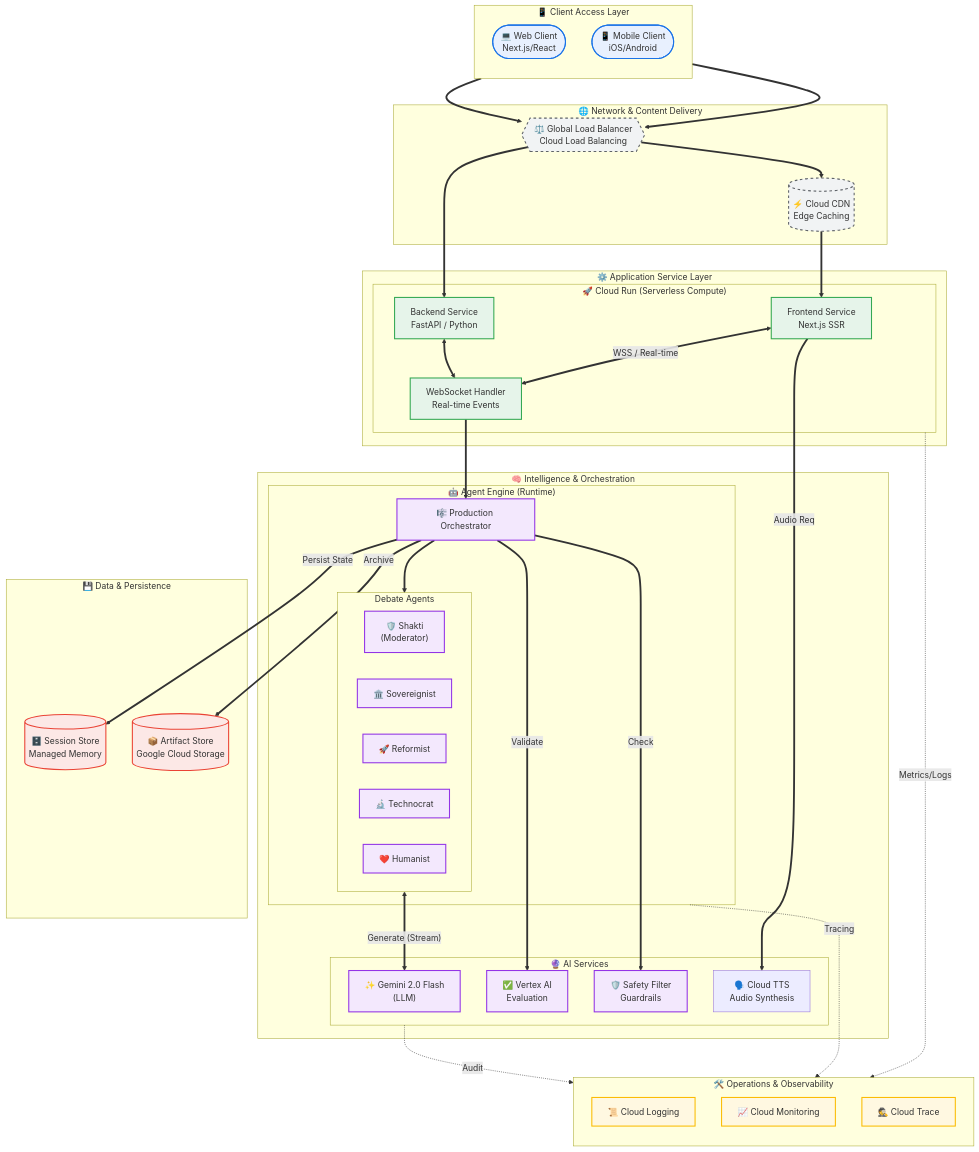
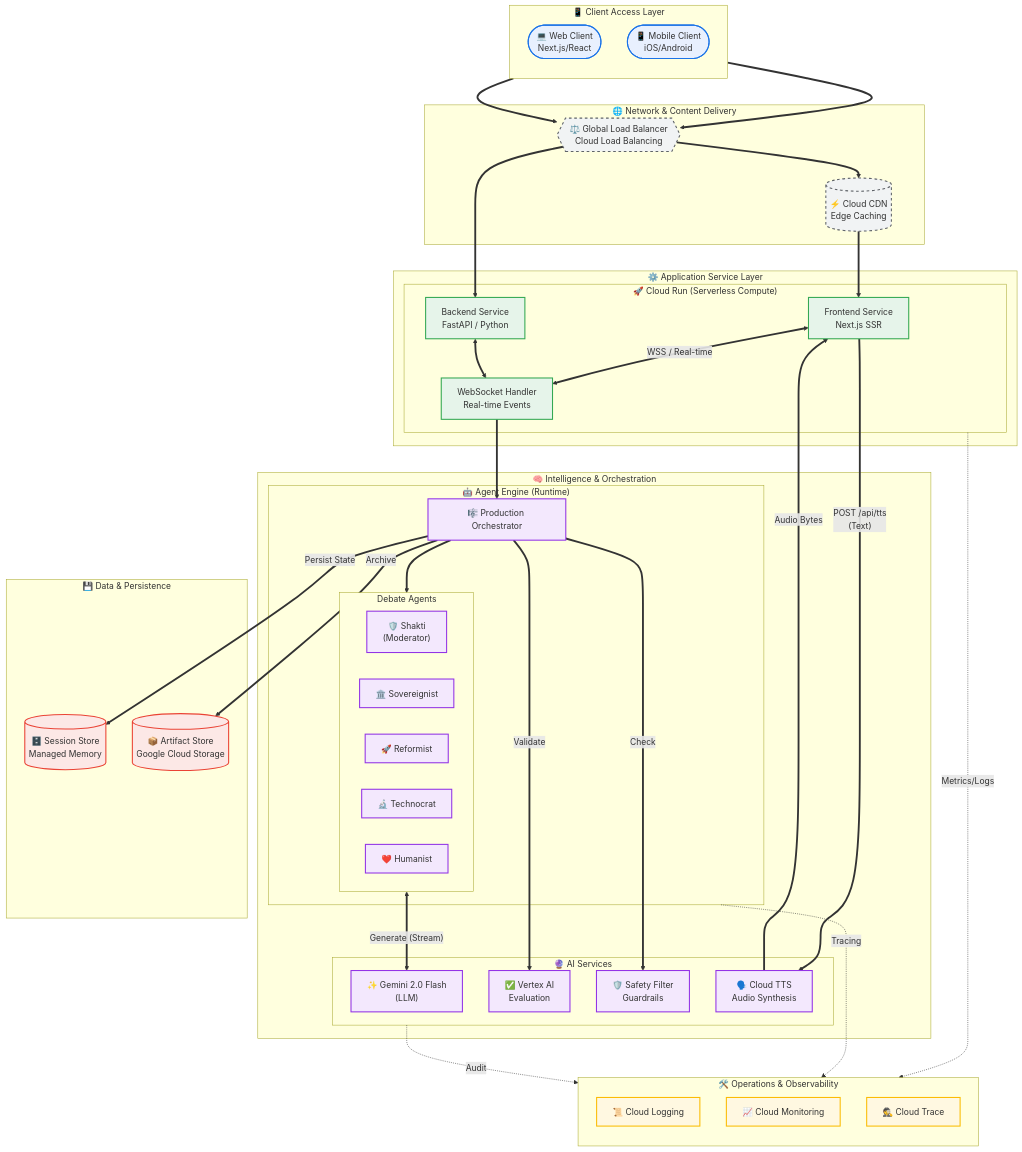
Before and after one commit to sargupta/crossfire-podcast: the first of 2 diagrams in docs/SOLUTION_ARCHITECTURE.md, drawn with Mermaid. The commit also changed other lines of this file, not shown here.

First line of the commit message:
docs: detail explicit audio generation flow

````diff
--- a/docs/SOLUTION_ARCHITECTURE.md
+++ b/docs/SOLUTION_ARCHITECTURE.md
@@ -90,7 +90,8 @@
     Orch ==> |"Validate"| Vertex
     Orch ==> |"Check"| Filter
     
-    FE ==> |"Audio Req"| TTS
+    FE ==> |"POST /api/tts\n(Text)"| TTS
+    TTS ==> |"Audio Bytes"| FE
     
     Orch ==> |"Persist State"| SessionStore
     Orch ==> |"Archive"| AssetStore
@@ -104,7 +105,7 @@
     class Web,Mobile client;
     class GLB,CDN network;
     class FE,BE,WS app;
-    class Orch,A1,A2,A3,A4,A5,Gemini,Vertex,Filter ai;
+    class Orch,A1,A2,A3,A4,A5,Gemini,Vertex,Filter,TTS ai;
     class SessionStore,AssetStore data;
     class Log,Mon,Trace ops;
 ```
````
